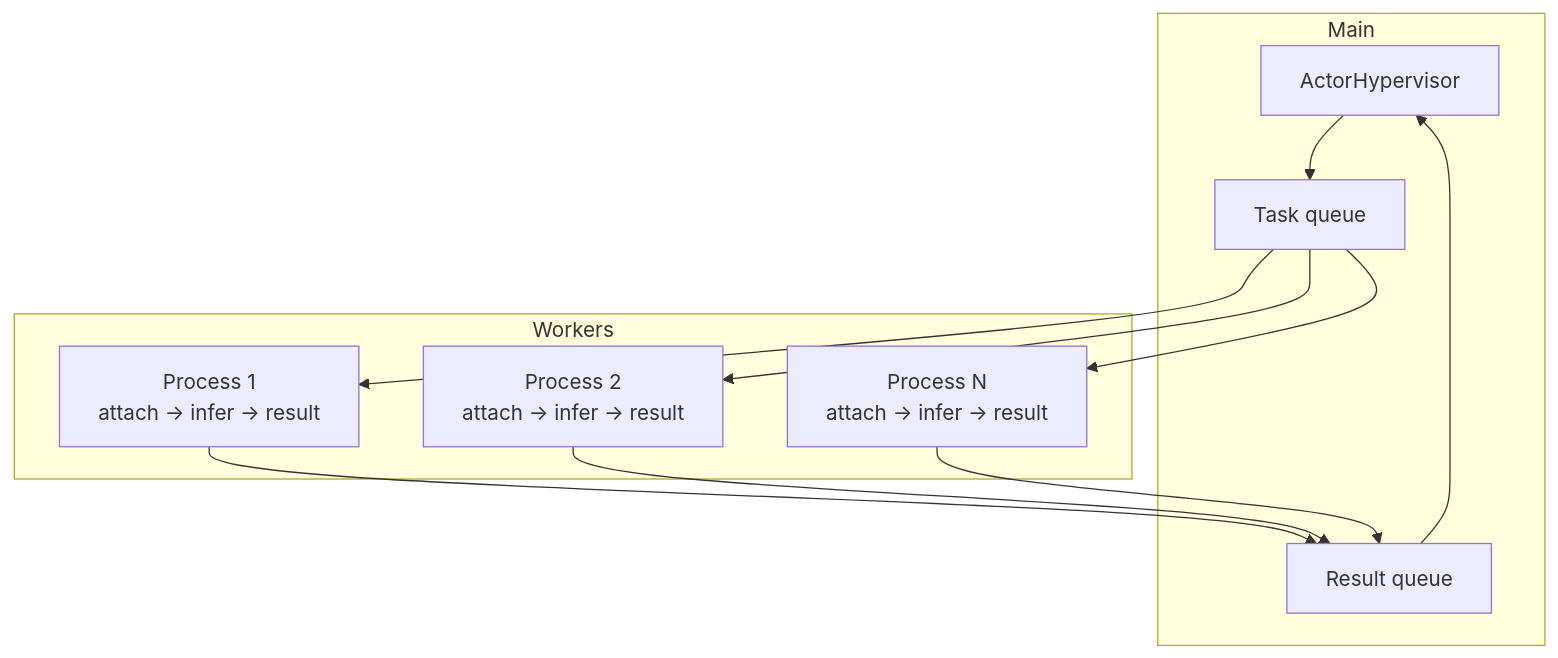
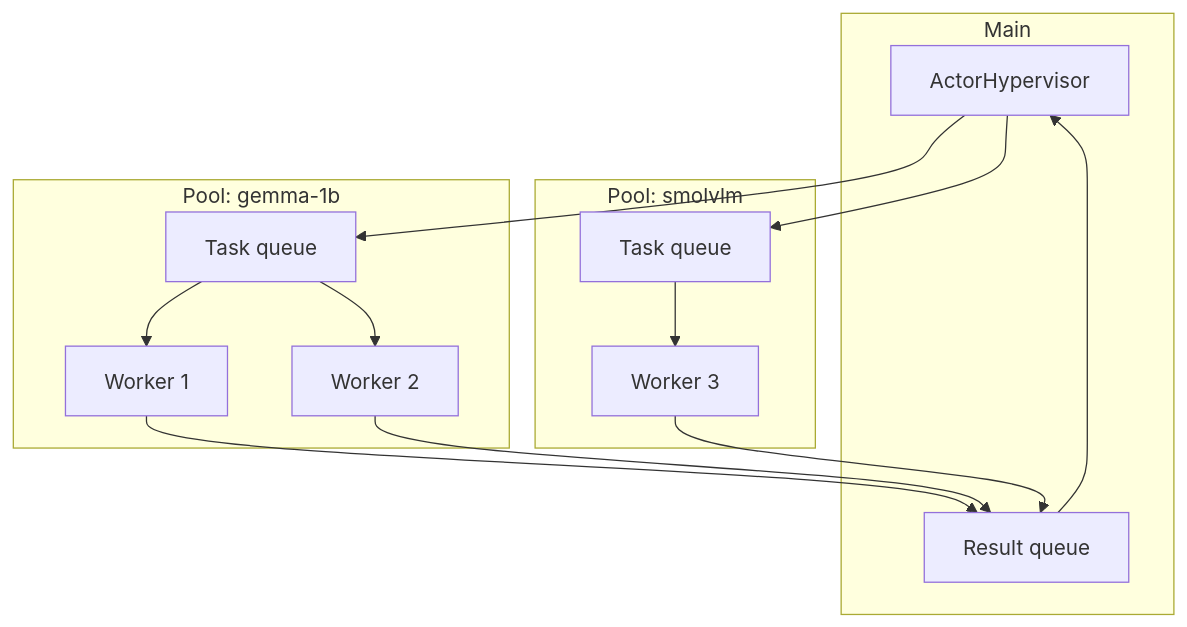
Before and after one commit to aantenore/ThreadSwarm: the fifth of 5 diagrams in README.md, drawn with Mermaid. The commit also changed other lines of this file and 7 other files, not shown here.

````diff
--- a/README.md
+++ b/README.md
@@ -169,21 +170,25 @@
 ```mermaid
 flowchart TB
     subgraph Main
         H[ActorHypervisor]
-        TQ[Task queue]
         RQ[Result queue]
     end
-    subgraph Workers
-        P1[Process 1\nattach → infer → result]
-        P2[Process 2\nattach → infer → result]
-        PN[Process N\nattach → infer → result]
+    subgraph "Pool: gemma-1b"
+        TQ1[Task queue]
+        W1[Worker 1]
+        W2[Worker 2]
     end
-    H --> TQ
-    TQ --> P1
-    TQ --> P2
-    TQ --> PN
-    P1 --> RQ
-    P2 --> RQ
-    PN --> RQ
+    subgraph "Pool: smolvlm"
+        TQ2[Task queue]
+        W3[Worker 3]
+    end
+    H --> TQ1
+    H --> TQ2
+    TQ1 --> W1
+    TQ1 --> W2
+    TQ2 --> W3
+    W1 --> RQ
+    W2 --> RQ
+    W3 --> RQ
     RQ --> H
 ```
````
